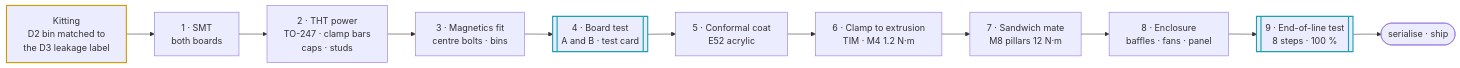
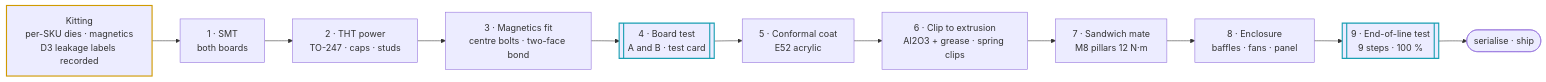
Before and after one commit to vectivolt/DC-Modules: the diagram in docs/dfm-production.md, drawn with Mermaid. The commit also changed other lines of this file and 222 other files, not shown here.

````diff
--- a/docs/dfm-production.md
+++ b/docs/dfm-production.md
@@ -32,16 +32,16 @@
 ```mermaid
 flowchart LR
-  K["Kitting<br/>D2 bin matched to<br/>the D3 leakage label"] --> A1["1 · SMT<br/>both boards"]
-  A1 --> A2["2 · THT power<br/>TO-247 · clamp bars<br/>caps · studs"]
-  A2 --> A3["3 · Magnetics fit<br/>centre bolts · bins"]
+  K["Kitting<br/>per-SKU dies · magnetics<br/>D3 leakage labels recorded"] --> A1["1 · SMT<br/>both boards"]
+  A1 --> A2["2 · THT power<br/>TO-247 · caps · studs"]
+  A2 --> A3["3 · Magnetics fit<br/>centre bolts · two-face bond"]
   A3 --> T1[["4 · Board test<br/>A and B · test card"]]
   T1 --> A5["5 · Conformal coat<br/>E52 acrylic"]
-  A5 --> A6["6 · Clamp to extrusion<br/>TIM · M4 1.2 N·m"]
+  A5 --> A6["6 · Clip to extrusion<br/>Al2O3 + grease · spring clips"]
   A6 --> A7["7 · Sandwich mate<br/>M8 pillars 12 N·m"]
   A7 --> A8["8 · Enclosure<br/>baffles · fans · panel"]
-  A8 --> T2[["9 · End-of-line test<br/>8 steps · 100 %"]]
+  A8 --> T2[["9 · End-of-line test<br/>9 steps · 100 %"]]
   T2 --> S(["serialise · ship"])
   style T1 stroke:#1a9fb3,stroke-width:2px
   style T2 stroke:#1a9fb3,stroke-width:2px
   style K stroke:#d19a00,stroke-width:2px
 ```
````
